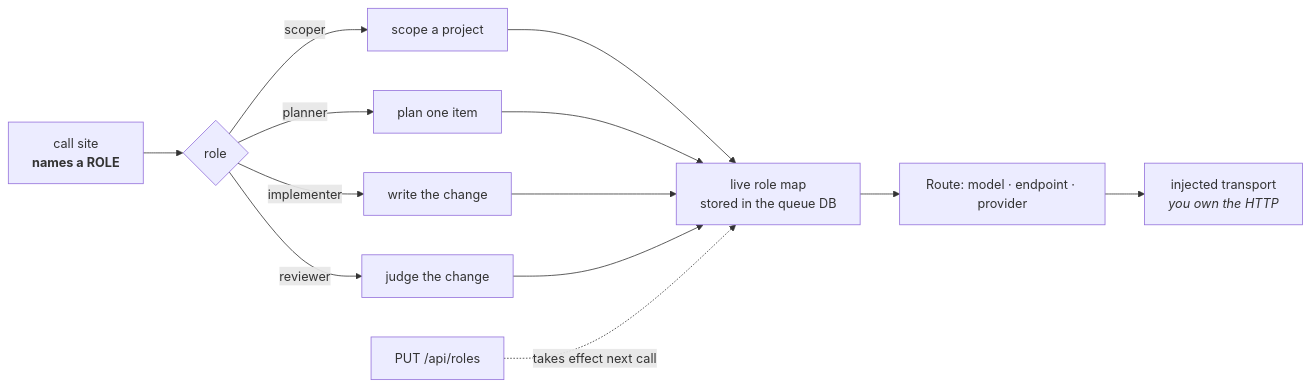
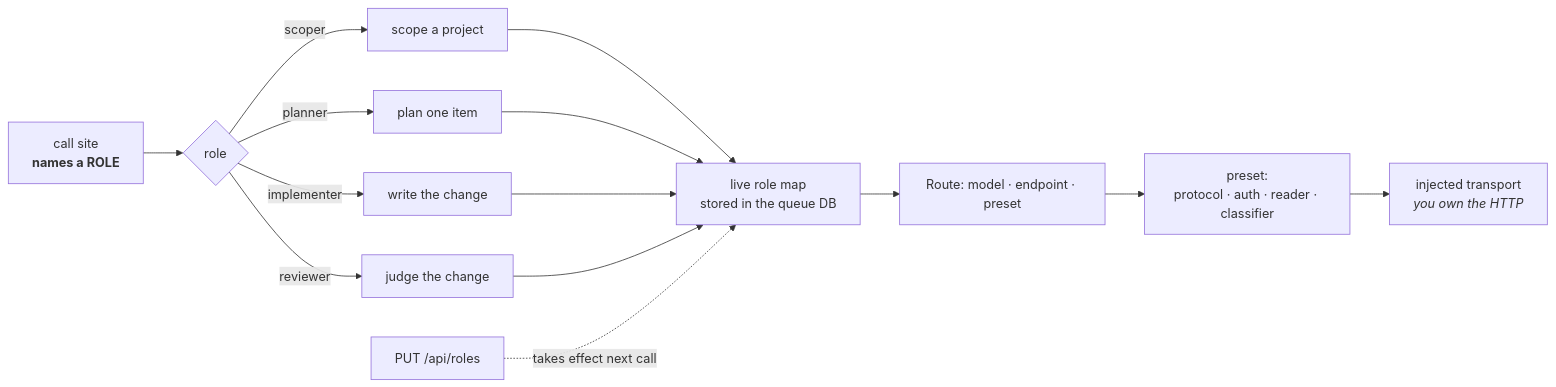
The fourth of 8 diagrams in docs/INTERNALS.md (TheDancingDeveloper-org/agent-harness), drawn with Mermaid before and after one commit. The commit also changed other lines of this file and 3 other files, not shown here.

````diff
--- a/docs/INTERNALS.md
+++ b/docs/INTERNALS.md
@@ -168,14 +168,15 @@
 ```mermaid
 flowchart LR
     site["call site<br/><b>names a ROLE</b>"] --> role{role}
     role -->|scoper| r1["scope a project"]
     role -->|planner| r2["plan one item"]
     role -->|implementer| r3["write the change"]
     role -->|reviewer| r4["judge the change"]
 
     r1 & r2 & r3 & r4 --> map["live role map<br/>stored in the queue DB"]
-    map --> route["Route: model · endpoint · provider"]
-    route --> transport["injected transport<br/><i>you own the HTTP</i>"]
+    map --> route["Route: model · endpoint · preset"]
+    route --> preset["preset:<br/>protocol · auth · reader · classifier"]
+    preset --> transport["injected transport<br/><i>you own the HTTP</i>"]
 
     api["PUT /api/roles"] -.->|"takes effect next call"| map
 ```
````
